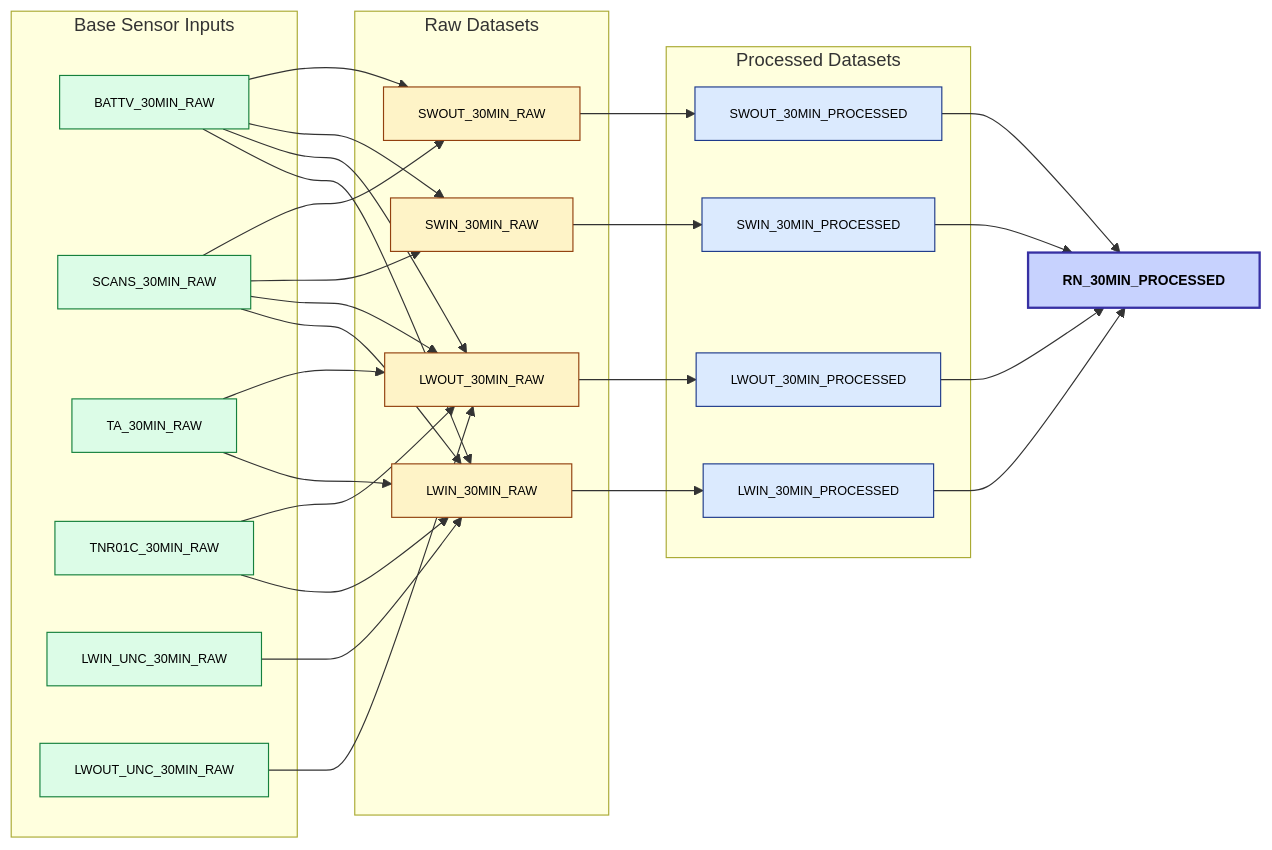
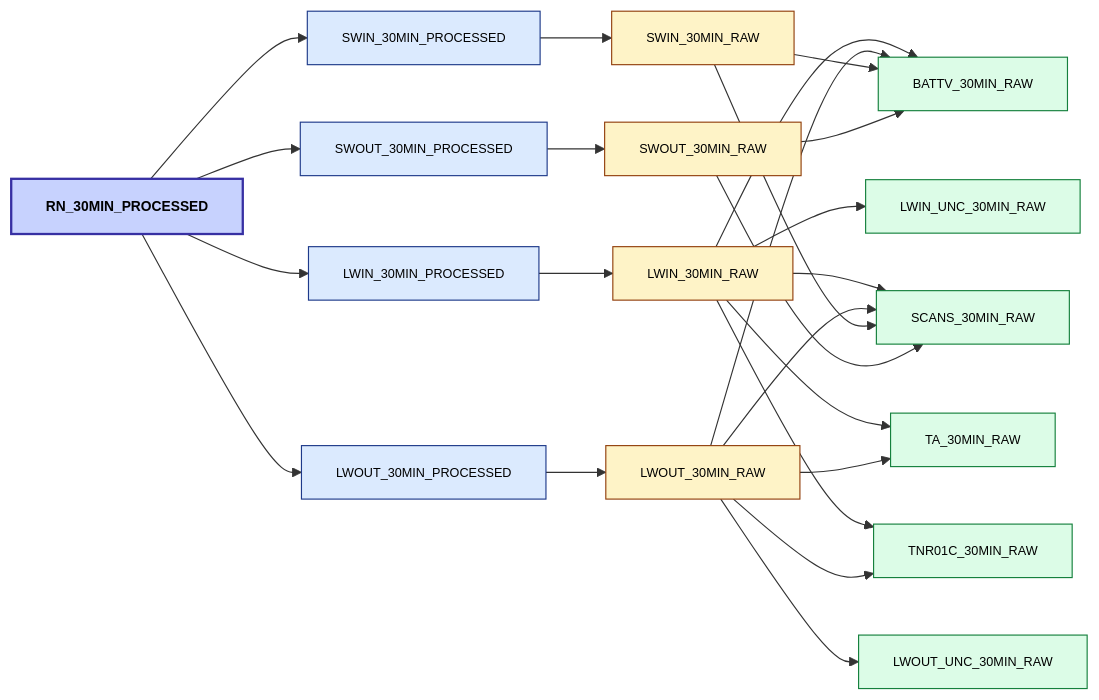
One commit to NERC-CEH/fdri_words changed the diagram in adrs/011-metadata-driven-dag-processor.md. Above: the diagram before and after it, drawn with Mermaid.

Commit message:
Update mermaid direction

````diff
--- a/adrs/011-metadata-driven-dag-processor.md
+++ b/adrs/011-metadata-driven-dag-processor.md
@@ -60,79 +60,61 @@
 ```mermaid
 graph LR
-  %% === Layout Direction ===
-  %% LR = left-to-right
-  %% Nodes are grouped into subgraphs for readability
-
-  %% --- Base Sensor Inputs ---
-  subgraph BASE["Base Sensor Inputs"]
-    BATTV_RAW["BATTV_30MIN_RAW"]
-    SCANS_RAW["SCANS_30MIN_RAW"]
-    TA_RAW["TA_30MIN_RAW"]
-    TNR01C_RAW["TNR01C_30MIN_RAW"]
-    LWIN_UNC_RAW["LWIN_UNC_30MIN_RAW"]
-    LWOUT_UNC_RAW["LWOUT_UNC_30MIN_RAW"]
-  end
-
-  %% --- Raw Datasets ---
-  subgraph RAW["Raw Datasets"]
-    LWIN_RAW["LWIN_30MIN_RAW"]
-    LWOUT_RAW["LWOUT_30MIN_RAW"]
-    SWIN_RAW["SWIN_30MIN_RAW"]
-    SWOUT_RAW["SWOUT_30MIN_RAW"]
-  end
-
-  %% --- Processed Datasets ---
-  subgraph PROCESSED["Processed Datasets"]
-    LWIN_PROC["LWIN_30MIN_PROCESSED"]
-    LWOUT_PROC["LWOUT_30MIN_PROCESSED"]
-    SWIN_PROC["SWIN_30MIN_PROCESSED"]
-    SWOUT_PROC["SWOUT_30MIN_PROCESSED"]
-  end
-
   %% --- Derived Variable ---
   RN_PROC["RN_30MIN_PROCESSED"]
+  
+  LWIN_PROC["LWIN_30MIN_PROCESSED"]
+  LWOUT_PROC["LWOUT_30MIN_PROCESSED"]
+  SWIN_PROC["SWIN_30MIN_PROCESSED"]
+  SWOUT_PROC["SWOUT_30MIN_PROCESSED"]
+  
+  LWIN_RAW["LWIN_30MIN_RAW"]
+  LWOUT_RAW["LWOUT_30MIN_RAW"]
+  SWIN_RAW["SWIN_30MIN_RAW"]
+  SWOUT_RAW["SWOUT_30MIN_RAW"]
+  
+  BATTV_RAW["BATTV_30MIN_RAW"]
+  SCANS_RAW["SCANS_30MIN_RAW"]
+  TA_RAW["TA_30MIN_RAW"]
+  TNR01C_RAW["TNR01C_30MIN_RAW"]
+  LWIN_UNC_RAW["LWIN_UNC_30MIN_RAW"]
+  LWOUT_UNC_RAW["LWOUT_UNC_30MIN_RAW"]
+  
+  RN_PROC --> LWIN_PROC
+  RN_PROC --> LWOUT_PROC
+  RN_PROC --> SWIN_PROC
+  RN_PROC --> SWOUT_PROC
 
-  %% === Dependencies ===
-  %% Base → Raw
-  BATTV_RAW --> LWIN_RAW
-  BATTV_RAW --> LWOUT_RAW
-  BATTV_RAW --> SWIN_RAW
-  BATTV_RAW --> SWOUT_RAW
+  LWIN_PROC --> LWIN_RAW
+  LWOUT_PROC --> LWOUT_RAW
+  SWIN_PROC --> SWIN_RAW
+  SWOUT_PROC --> SWOUT_RAW
 
-  SCANS_RAW --> LWIN_RAW
-  SCANS_RAW --> LWOUT_RAW
-  SCANS_RAW --> SWIN_RAW
-  SCANS_RAW --> SWOUT_RAW
+  LWIN_RAW --> BATTV_RAW
+  LWIN_RAW --> LWIN_UNC_RAW
+  LWIN_RAW --> SCANS_RAW
+  LWIN_RAW --> TA_RAW
+  LWIN_RAW --> TNR01C_RAW
 
-  TA_RAW --> LWIN_RAW
-  TA_RAW --> LWOUT_RAW
+  LWOUT_RAW --> BATTV_RAW
+  LWOUT_RAW --> LWOUT_UNC_RAW
+  LWOUT_RAW --> SCANS_RAW
+  LWOUT_RAW --> TA_RAW
+  LWOUT_RAW --> TNR01C_RAW
 
-  TNR01C_RAW --> LWIN_RAW
-  TNR01C_RAW --> LWOUT_RAW
+  SWIN_RAW --> BATTV_RAW
+  SWIN_RAW --> SCANS_RAW
 
-  LWIN_UNC_RAW --> LWIN_RAW
-  LWOUT_UNC_RAW --> LWOUT_RAW
-
-  %% Raw → Processed
-  LWIN_RAW --> LWIN_PROC
-  LWOUT_RAW --> LWOUT_PROC
-  SWIN_RAW --> SWIN_PROC
-  SWOUT_RAW --> SWOUT_PROC
-
-  %% Processed → Derived
-  LWIN_PROC --> RN_PROC
-  LWOUT_PROC --> RN_PROC
-  SWIN_PROC --> RN_PROC
-  SWOUT_PROC --> RN_PROC
+  SWOUT_RAW --> BATTV_RAW
+  SWOUT_RAW --> SCANS_RAW
 
   %% === Styling ===
   classDef base fill:#dcfce7,stroke:#15803d,stroke-width:1px,color:#000,font-size:11px;
   classDef raw fill:#fef3c7,stroke:#92400e,stroke-width:1px,color:#000,font-size:11px;
   classDef processed fill:#dbeafe,stroke:#1e3a8a,stroke-width:1px,color:#000,font-size:11px;
   classDef derived fill:#c7d2fe,stroke:#3730a3,stroke-width:2px,color:#000,font-weight:bold,font-size:12px;
 
   class BATTV_RAW,SCANS_RAW,TA_RAW,TNR01C_RAW,LWIN_UNC_RAW,LWOUT_UNC_RAW base;
   class LWIN_RAW,LWOUT_RAW,SWIN_RAW,SWOUT_RAW raw;
   class LWIN_PROC,LWOUT_PROC,SWIN_PROC,SWOUT_PROC processed;
   class RN_PROC derived;
 ```
````
